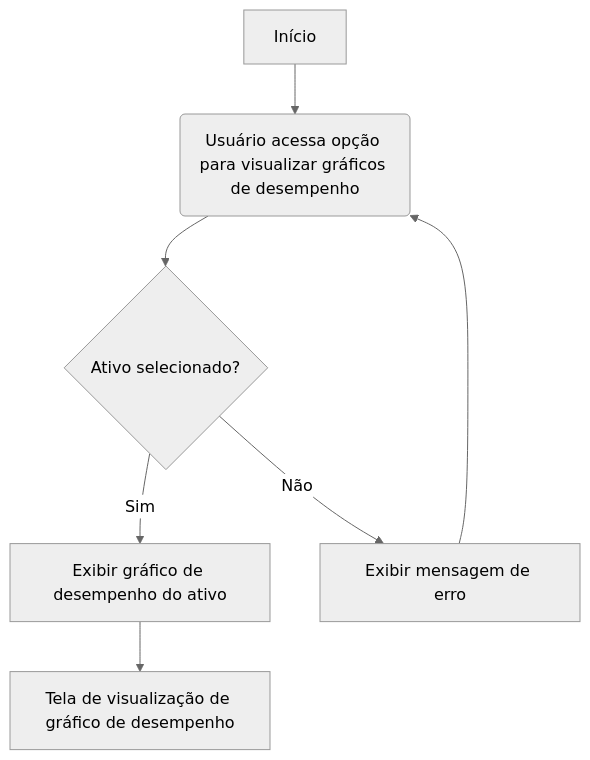
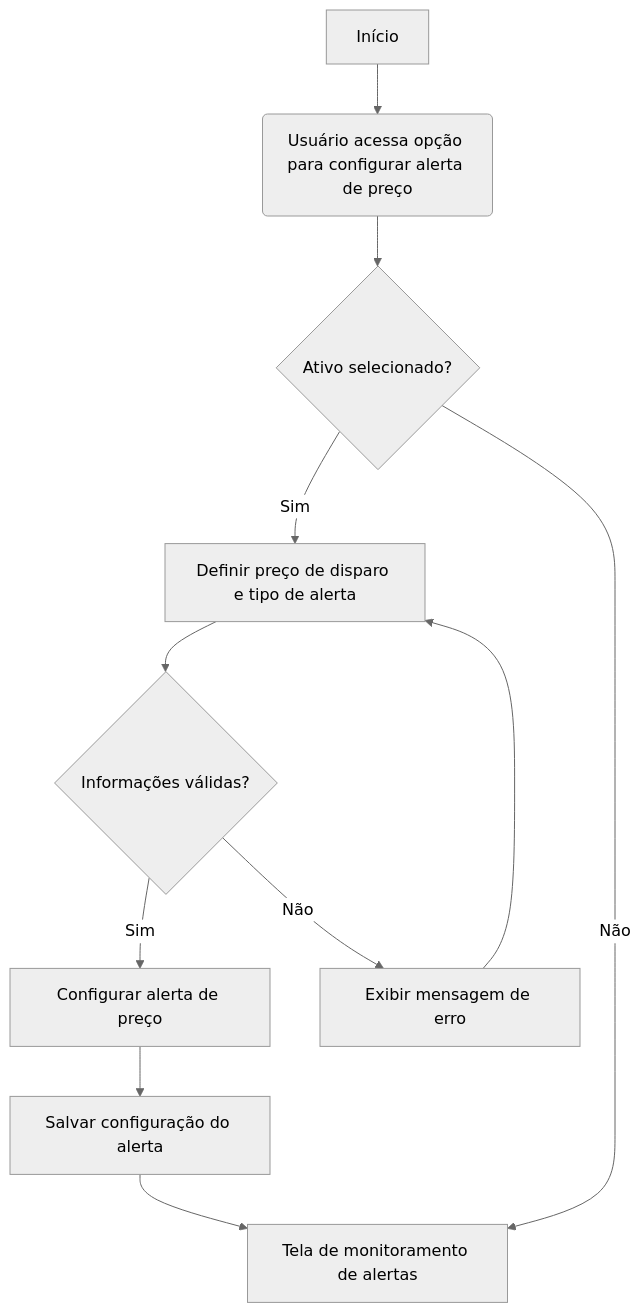
The diagram in docs/diagrams/4_realizar_transacoes/usecase_004.md (angelovicentefilho/finance), drawn with Mermaid (neutral theme) before and after one commit. The commit also changed 7 other files, not shown here.

Commit message:
atualizando os diagramas

````diff
--- a/docs/diagrams/4_realizar_transacoes/usecase_004.md
+++ b/docs/diagrams/4_realizar_transacoes/usecase_004.md
@@ -1,9 +1,14 @@
 ```mermaid
 flowchart TD
-    A[Início] --> B(Usuário acessa opção para visualizar gráficos de desempenho)
+    A[Início] --> B(Usuário acessa opção para configurar alerta de preço)
     B --> C{Ativo selecionado?}
-    C -->|Sim| D[Exibir gráfico de desempenho do ativo]
-    D --> E[Tela de visualização de gráfico de desempenho]
-    C -->|Não| F[Exibir mensagem de erro]
-    F --> B
+    C -->|Sim| D[Definir preço de disparo e tipo de alerta]
+    D --> E{Informações válidas?}
+    E -->|Sim| F[Configurar alerta de preço]
+    F --> G[Salvar configuração do alerta]
+    G --> H[Tela de monitoramento de alertas]
+    E -->|Não| I[Exibir mensagem de erro]
+    I --> D
+    C -->|Não| H[Tela de monitoramento de alertas]
+
 ```
````
